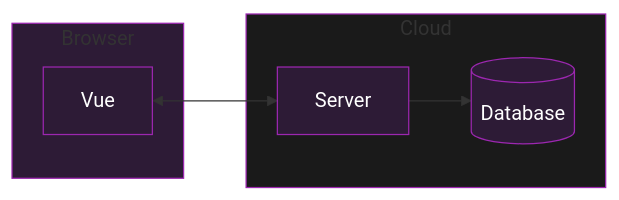
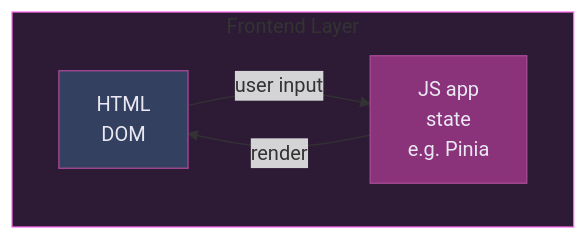
One commit to alexanderop/slides changed the first of 9 diagrams in localFirstVue/slides.md. Above: the diagram before and after it, drawn with Mermaid. The commit also changed other lines of this file and 10 other files, not shown here.

Commit message:
Refactor slides.md to enhance structure and readability; replaced static content with reusable components, updated diagrams for clarity, and improved styling for better user interaction.

````diff
--- a/localFirstVue/slides.md
+++ b/localFirstVue/slides.md
@@ -165,22 +151,18 @@
-```mermaid
+```mermaid {scale: 0.7}
 flowchart LR
-    subgraph Client["Browser"]
-        vue[Vue]
+    subgraph Traditional["Frontend Layer"]
+        direction LR
+        HTML["HTML<br>DOM"]
+        State["JS app<br>state<br>e.g. Pinia"]
+        
+        HTML -->|user input| State
+        State -->|render| HTML
     end
-
-    subgraph Cloud["Cloud"]
-        api[Server]
-        db[(Database)]
-        api --> db
-    end
-
-    vue <--> api
     
-    style Client fill:#2d1b36,stroke:#9c27b0
-    style Cloud fill:#1a1a1a,stroke:#9c27b0
+    style Traditional fill:#2d1b36,stroke:#FF6BED
+    classDef default fill:#344060,stroke:#AB4B99,color:#EAE9F3
+    classDef state fill:#8A337B,stroke:#AB4B99,color:#EAE9F3
     
-    classDef default fill:#2d1b36,stroke:#9c27b0,color:#ffffff
-    classDef storage fill:#2d1b36,stroke:#9c27b0,color:#ffffff
-    
-    class db storage
+    class State state
+    class HTML default
 ```
````
